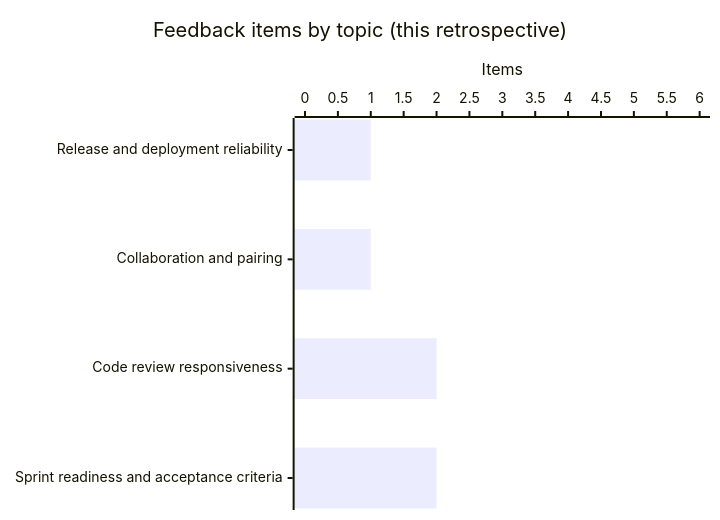
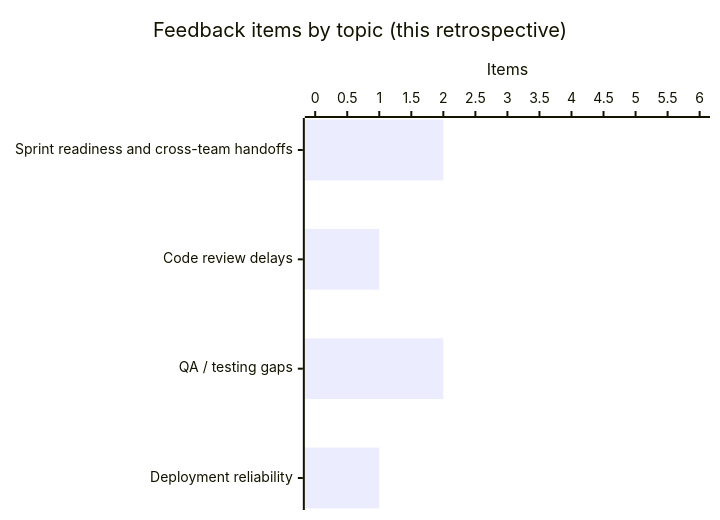
Before and after one commit to IslamFathyy/retro-lab: the first of 2 diagrams in docs/reminders/latest-report.md, drawn with Mermaid. The commit also changed other lines of this file and 3 other files, not shown here.

````diff
--- a/docs/reminders/latest-report.md
+++ b/docs/reminders/latest-report.md
@@ -32,7 +32,7 @@
 ```mermaid
 xychart-beta horizontal
     title "Feedback items by topic (this retrospective)"
-    x-axis ["Release and deployment reliability", "Collaboration and pairing", "Code review responsiveness", "Sprint readiness and acceptance criteria"]
+    x-axis ["Sprint readiness and cross-team handoffs", "Code review delays", "QA / testing gaps", "Deployment reliability"]
     y-axis "Items" 0 --> 6
-    bar [1, 1, 2, 2]
+    bar [2, 1, 2, 1]
 ```
````
